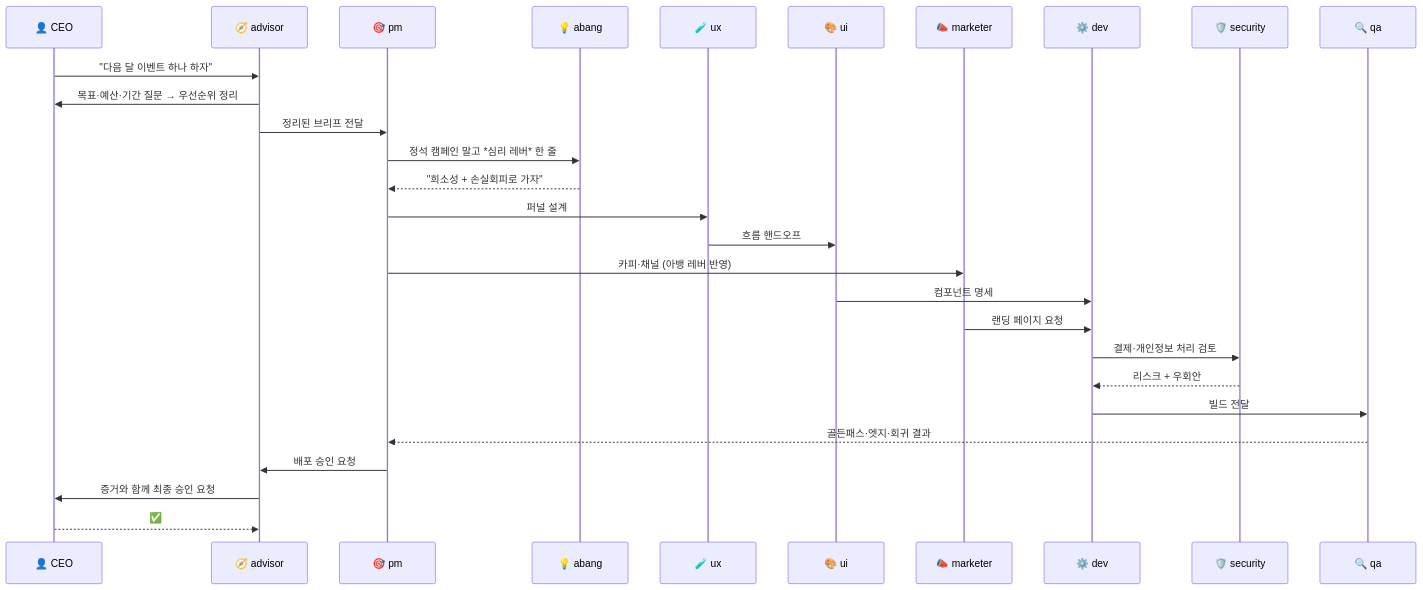
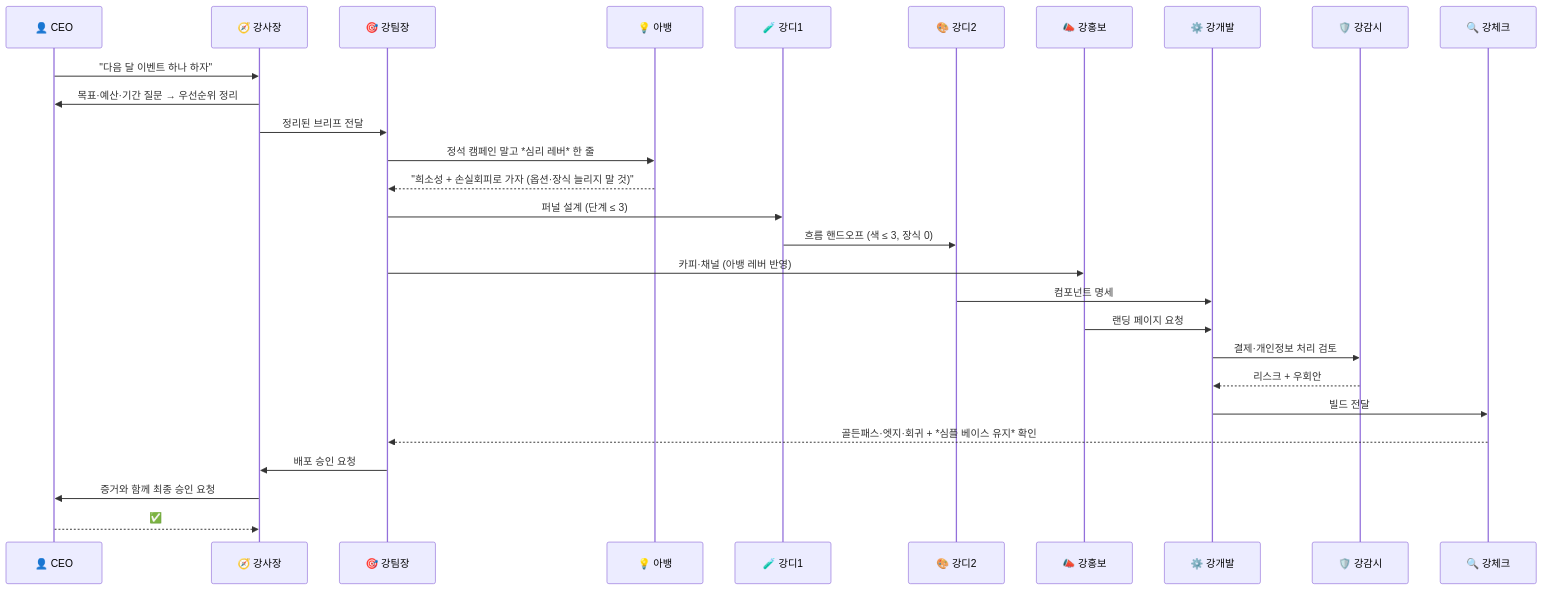
Before and after one commit to 1215kkm/Ai_Team: the second of 2 diagrams in docs/role-architecture.md, drawn with Mermaid. The commit also changed other lines of this file and 9 other files, not shown here.

````diff
--- a/docs/role-architecture.md
+++ b/docs/role-architecture.md
@@ -138,31 +171,31 @@
 ```mermaid
 sequenceDiagram
     participant U as 👤 CEO
-    participant A as 🧭 advisor
-    participant P as 🎯 pm
-    participant B as 💡 abang
-    participant UX as 🧪 ux
-    participant UI as 🎨 ui
-    participant M as 📣 marketer
-    participant D as ⚙️ dev
-    participant S as 🛡️ security
-    participant Q as 🔍 qa
+    participant S as 🧭 강사장
+    participant P as 🎯 강팀장
+    participant B as 💡 아뱅
+    participant D1 as 🧪 강디1
+    participant D2 as 🎨 강디2
+    participant H as 📣 강홍보
+    participant DV as ⚙️ 강개발
+    participant SC as 🛡️ 강감시
+    participant Q as 🔍 강체크
 
-    U->>A: "다음 달 이벤트 하나 하자"
-    A->>U: 목표·예산·기간 질문 → 우선순위 정리
-    A->>P: 정리된 브리프 전달
+    U->>S: "다음 달 이벤트 하나 하자"
+    S->>U: 목표·예산·기간 질문 → 우선순위 정리
+    S->>P: 정리된 브리프 전달
     P->>B: 정석 캠페인 말고 *심리 레버* 한 줄
-    B-->>P: "희소성 + 손실회피로 가자"
-    P->>UX: 퍼널 설계
-    UX->>UI: 흐름 핸드오프
-    P->>M: 카피·채널 (아뱅 레버 반영)
-    UI->>D: 컴포넌트 명세
-    M->>D: 랜딩 페이지 요청
-    D->>S: 결제·개인정보 처리 검토
-    S-->>D: 리스크 + 우회안
-    D->>Q: 빌드 전달
-    Q-->>P: 골든패스·엣지·회귀 결과
-    P->>A: 배포 승인 요청
-    A->>U: 증거와 함께 최종 승인 요청
-    U-->>A: ✅
+    B-->>P: "희소성 + 손실회피로 가자 (옵션·장식 늘리지 말 것)"
+    P->>D1: 퍼널 설계 (단계 ≤ 3)
+    D1->>D2: 흐름 핸드오프 (색 ≤ 3, 장식 0)
+    P->>H: 카피·채널 (아뱅 레버 반영)
+    D2->>DV: 컴포넌트 명세
+    H->>DV: 랜딩 페이지 요청
+    DV->>SC: 결제·개인정보 처리 검토
+    SC-->>DV: 리스크 + 우회안
+    DV->>Q: 빌드 전달
+    Q-->>P: 골든패스·엣지·회귀 + *심플 베이스 유지* 확인
+    P->>S: 배포 승인 요청
+    S->>U: 증거와 함께 최종 승인 요청
+    U-->>S: ✅
 ```
````
